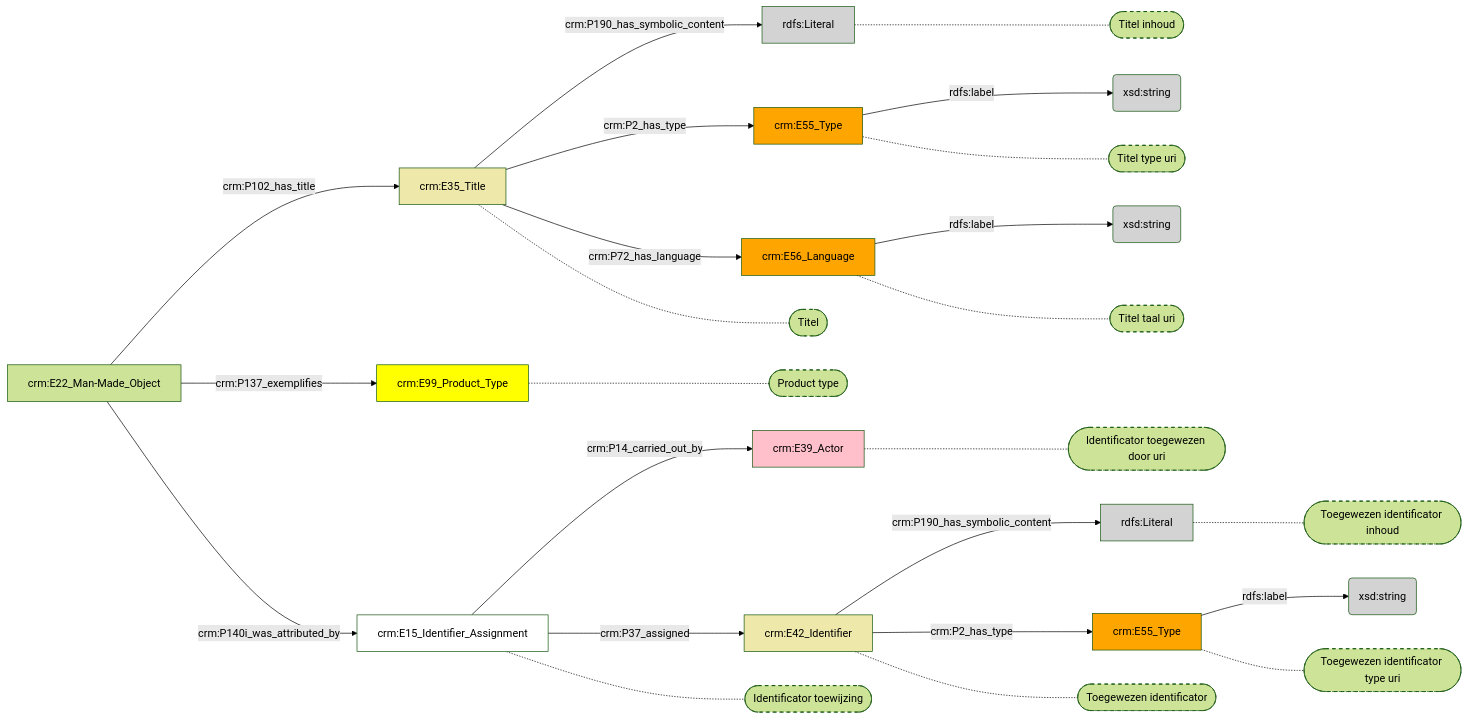
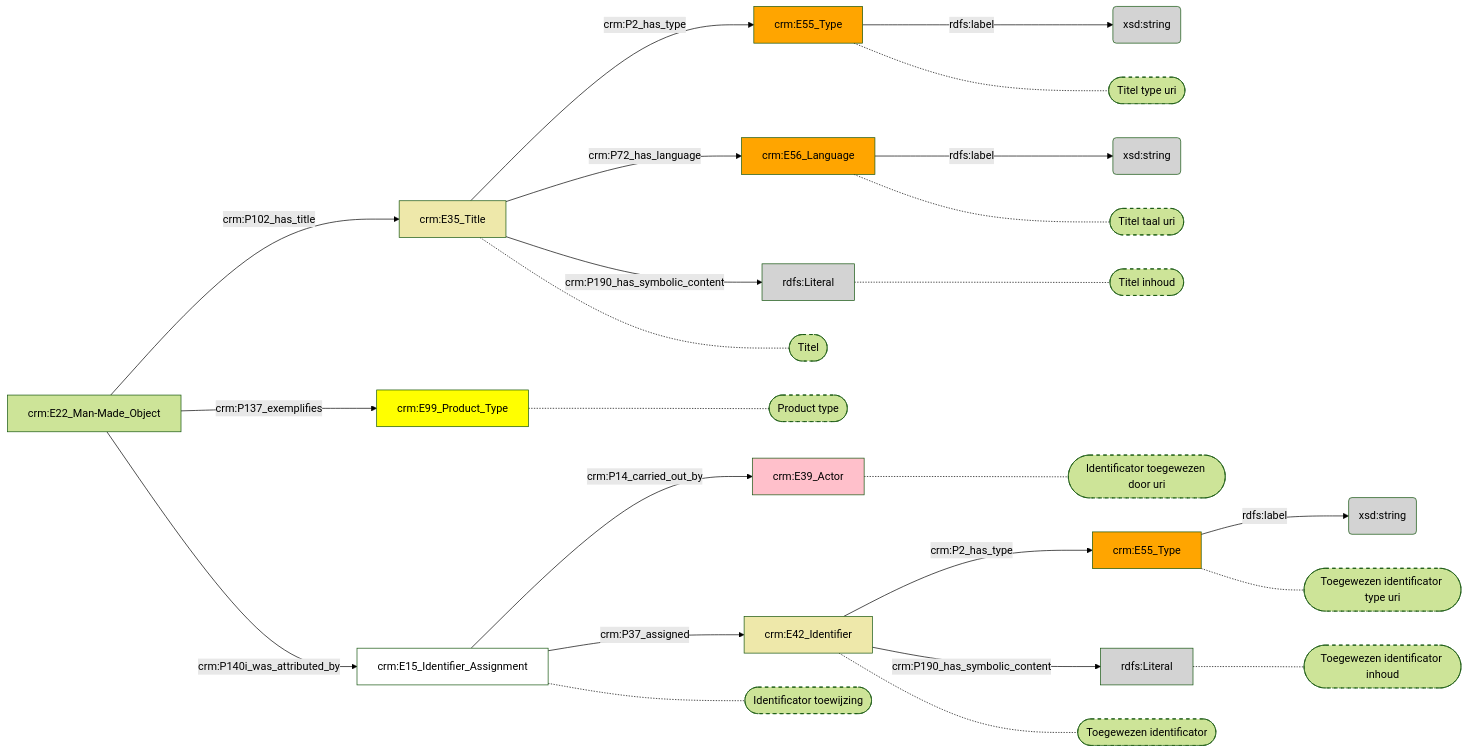
The diagram in docs/content/modellen/ProductInstance/Identificatie.md (digipolisantwerpdocumentation/antwerp-cultureel-erfgoed), drawn with Mermaid (forest theme) before and after one commit. The commit also changed other lines of this file and 173 other files, not shown here.

````diff
--- a/docs/content/modellen/ProductInstance/Identificatie.md
+++ b/docs/content/modellen/ProductInstance/Identificatie.md
@@ -1,49 +1,49 @@
 ```mermaid
 graph LR
-1ad0637c-56bc-11ee-bc5c-00163e71351b["crm:E35_Title"]-->|"crm:P190_has_symbolic_content"|1ad06840-56bc-11ee-bc5c-00163e71351b(rdfs:Literal)
-1ad0670a-56bc-11ee-bc5c-00163e71351b["crm:E55_Type"]-->|"rdfs:label"|1ad06af2-56bc-11ee-bc5c-00163e71351b(xsd:string)
-1ad06a16-56bc-11ee-bc5c-00163e71351b["crm:E56_Language"]-->|"rdfs:label"|1ad06930-56bc-11ee-bc5c-00163e71351b(xsd:string)
-44f467c6-5233-11ee-a9ac-00163e71351b["crm:E42_Identifier"]-->|"crm:P190_has_symbolic_content"|44f46d84-5233-11ee-a9ac-00163e71351b(rdfs:Literal)
-44f46bd6-5233-11ee-a9ac-00163e71351b["crm:E55_Type"]-->|"rdfs:label"|44f46eec-5233-11ee-a9ac-00163e71351b(xsd:string)
 1ad0637c-56bc-11ee-bc5c-00163e71351b["crm:E35_Title"]-->|"crm:P2_has_type"|1ad0670a-56bc-11ee-bc5c-00163e71351b["crm:E55_Type"]
 1ad0637c-56bc-11ee-bc5c-00163e71351b["crm:E35_Title"]-->|"crm:P72_has_language"|1ad06a16-56bc-11ee-bc5c-00163e71351b["crm:E56_Language"]
 44f46230-5233-11ee-a9ac-00163e71351b["crm:E15_Identifier_Assignment"]-->|"crm:P14_carried_out_by"|44f4704a-5233-11ee-a9ac-00163e71351b["crm:E39_Actor"]
 44f46230-5233-11ee-a9ac-00163e71351b["crm:E15_Identifier_Assignment"]-->|"crm:P37_assigned"|44f467c6-5233-11ee-a9ac-00163e71351b["crm:E42_Identifier"]
 44f467c6-5233-11ee-a9ac-00163e71351b["crm:E42_Identifier"]-->|"crm:P2_has_type"|44f46bd6-5233-11ee-a9ac-00163e71351b["crm:E55_Type"]
 9503f17e-4729-11ee-974d-00163e71351b["crm:E22_Man-Made_Object"]-->|"crm:P102_has_title"|1ad0637c-56bc-11ee-bc5c-00163e71351b["crm:E35_Title"]
 9503f17e-4729-11ee-974d-00163e71351b["crm:E22_Man-Made_Object"]-->|"crm:P137_exemplifies"|5b5c4a00-472b-11ee-a9ac-00163e71351b["crm:E99_Product_Type"]
 9503f17e-4729-11ee-974d-00163e71351b["crm:E22_Man-Made_Object"]-->|"crm:P140i_was_attributed_by"|44f46230-5233-11ee-a9ac-00163e71351b["crm:E15_Identifier_Assignment"]
+1ad0637c-56bc-11ee-bc5c-00163e71351b["crm:E35_Title"]-->|"crm:P190_has_symbolic_content"|1ad06840-56bc-11ee-bc5c-00163e71351b(rdfs:Literal)
+1ad0670a-56bc-11ee-bc5c-00163e71351b["crm:E55_Type"]-->|"rdfs:label"|1ad06af2-56bc-11ee-bc5c-00163e71351b(xsd:string)
+1ad06a16-56bc-11ee-bc5c-00163e71351b["crm:E56_Language"]-->|"rdfs:label"|1ad06930-56bc-11ee-bc5c-00163e71351b(xsd:string)
+44f467c6-5233-11ee-a9ac-00163e71351b["crm:E42_Identifier"]-->|"crm:P190_has_symbolic_content"|44f46d84-5233-11ee-a9ac-00163e71351b(rdfs:Literal)
+44f46bd6-5233-11ee-a9ac-00163e71351b["crm:E55_Type"]-->|"rdfs:label"|44f46eec-5233-11ee-a9ac-00163e71351b(xsd:string)
 style 1ad06840-56bc-11ee-bc5c-00163e71351b_s stroke-dasharray: 5
 style 1ad0670a-56bc-11ee-bc5c-00163e71351b_s stroke-dasharray: 5
 style 1ad06a16-56bc-11ee-bc5c-00163e71351b_s stroke-dasharray: 5
 style 44f4704a-5233-11ee-a9ac-00163e71351b_s stroke-dasharray: 5
 style 44f467c6-5233-11ee-a9ac-00163e71351b_s stroke-dasharray: 5
 style 44f46d84-5233-11ee-a9ac-00163e71351b_s stroke-dasharray: 5
 style 44f46bd6-5233-11ee-a9ac-00163e71351b_s stroke-dasharray: 5
 style 1ad0637c-56bc-11ee-bc5c-00163e71351b_s stroke-dasharray: 5
 style 5b5c4a00-472b-11ee-a9ac-00163e71351b_s stroke-dasharray: 5
 style 44f46230-5233-11ee-a9ac-00163e71351b_s stroke-dasharray: 5
 1ad06840-56bc-11ee-bc5c-00163e71351b["rdfs:Literal"]-.-1ad06840-56bc-11ee-bc5c-00163e71351b_s(["Titel inhoud"])
 1ad0670a-56bc-11ee-bc5c-00163e71351b["crm:E55_Type"]-.-1ad0670a-56bc-11ee-bc5c-00163e71351b_s(["Titel type uri"])
 1ad06a16-56bc-11ee-bc5c-00163e71351b["crm:E56_Language"]-.-1ad06a16-56bc-11ee-bc5c-00163e71351b_s(["Titel taal uri"])
 44f4704a-5233-11ee-a9ac-00163e71351b["crm:E39_Actor"]-.-44f4704a-5233-11ee-a9ac-00163e71351b_s(["Identificator toegewezen door uri"])
 44f467c6-5233-11ee-a9ac-00163e71351b["crm:E42_Identifier"]-.-44f467c6-5233-11ee-a9ac-00163e71351b_s(["Toegewezen identificator"])
 44f46d84-5233-11ee-a9ac-00163e71351b["rdfs:Literal"]-.-44f46d84-5233-11ee-a9ac-00163e71351b_s(["Toegewezen identificator inhoud"])
 44f46bd6-5233-11ee-a9ac-00163e71351b["crm:E55_Type"]-.-44f46bd6-5233-11ee-a9ac-00163e71351b_s(["Toegewezen identificator type uri"])
 1ad0637c-56bc-11ee-bc5c-00163e71351b["crm:E35_Title"]-.-1ad0637c-56bc-11ee-bc5c-00163e71351b_s(["Titel"])
 5b5c4a00-472b-11ee-a9ac-00163e71351b["crm:E99_Product_Type"]-.-5b5c4a00-472b-11ee-a9ac-00163e71351b_s(["Product type"])
 44f46230-5233-11ee-a9ac-00163e71351b["crm:E15_Identifier_Assignment"]-.-44f46230-5233-11ee-a9ac-00163e71351b_s(["Identificator toewijzing"])
 style 1ad0637c-56bc-11ee-bc5c-00163e71351b fill:#EEE8AA
 style 1ad0670a-56bc-11ee-bc5c-00163e71351b fill:#ffa500
 style 1ad06840-56bc-11ee-bc5c-00163e71351b fill:#D3D3D3
 style 1ad06930-56bc-11ee-bc5c-00163e71351b fill:#D3D3D3
 style 1ad06a16-56bc-11ee-bc5c-00163e71351b fill:#ffa500
 style 1ad06af2-56bc-11ee-bc5c-00163e71351b fill:#D3D3D3
 style 44f46230-5233-11ee-a9ac-00163e71351b fill:#ffffff
 style 44f467c6-5233-11ee-a9ac-00163e71351b fill:#EEE8AA
 style 44f46bd6-5233-11ee-a9ac-00163e71351b fill:#ffa500
 style 44f46d84-5233-11ee-a9ac-00163e71351b fill:#D3D3D3
 style 44f46eec-5233-11ee-a9ac-00163e71351b fill:#D3D3D3
 style 44f4704a-5233-11ee-a9ac-00163e71351b fill:#ffc0cb
 style 5b5c4a00-472b-11ee-a9ac-00163e71351b fill:#ffff00
 ```
````
